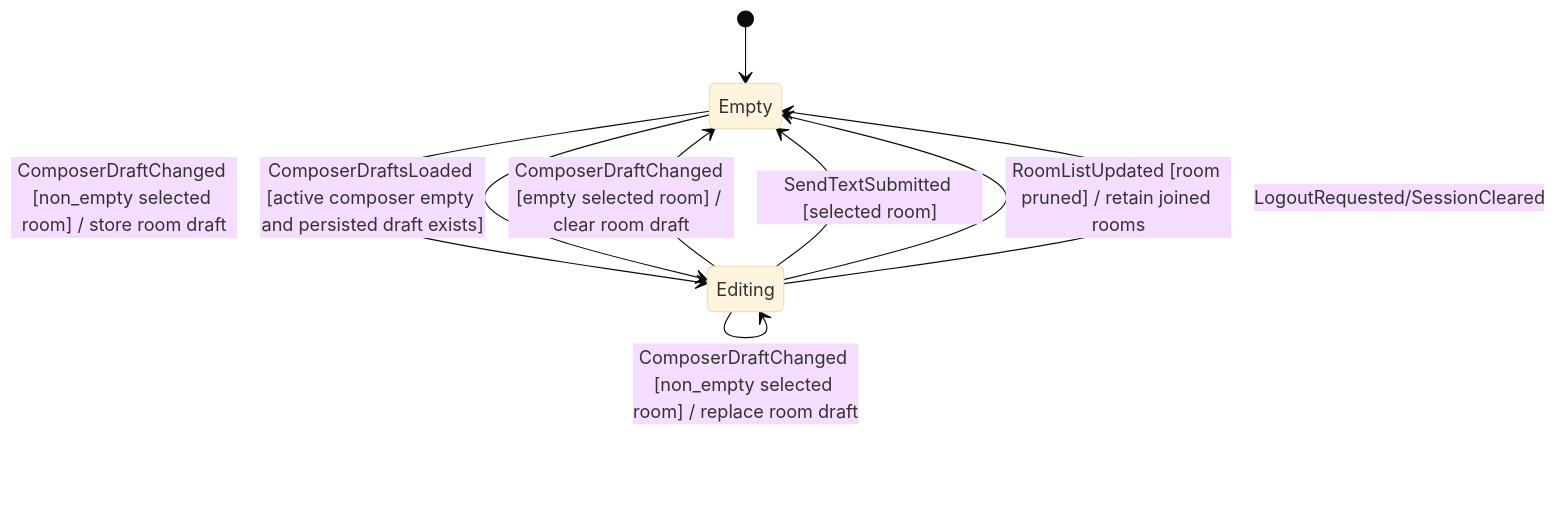
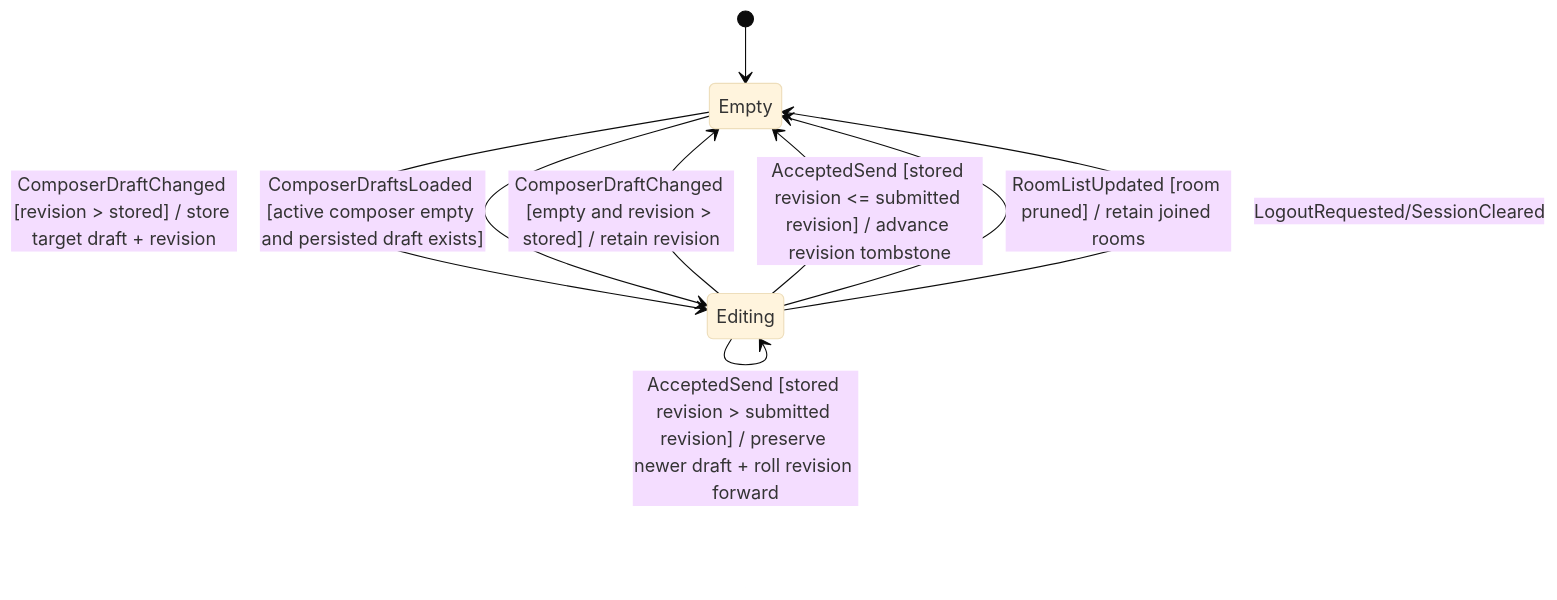
Before and after one commit to shinaoka/koushi-matrix: the tenth of 51 diagrams in docs/architecture/state-machine.md, drawn with Mermaid (base theme). The commit also changed other lines of this file and 42 other files, not shown here.

First line of the commit message:
fix(composer): fence accepted draft persistence (#295)

````diff
--- a/docs/architecture/state-machine.md
+++ b/docs/architecture/state-machine.md
@@ -614,11 +627,12 @@
 ```mermaid
 stateDiagram-v2
     [*] --> Empty
-    Empty --> Editing: ComposerDraftChanged [non_empty selected room] / store room draft
-    Editing --> Editing: ComposerDraftChanged [non_empty selected room] / replace room draft
-    Editing --> Empty: ComposerDraftChanged [empty selected room] / clear room draft
-    Editing --> Empty: SendTextSubmitted [selected room]
+    Empty --> Editing: ComposerDraftChanged [revision > stored] / store target draft + revision
+    Editing --> Editing: ComposerDraftChanged [revision > stored] / replace target draft
+    Editing --> Empty: ComposerDraftChanged [empty and revision > stored] / retain revision
+    Editing --> Empty: AcceptedSend [stored revision <= submitted revision] / advance revision tombstone
+    Editing --> Editing: AcceptedSend [stored revision > submitted revision] / preserve newer draft + roll revision forward
     Editing --> Empty: RoomListUpdated [room pruned] / retain joined rooms
     Editing --> Empty: LogoutRequested/SessionCleared
     Empty --> Editing: ComposerDraftsLoaded [active composer empty and persisted draft exists]
 ```
````
